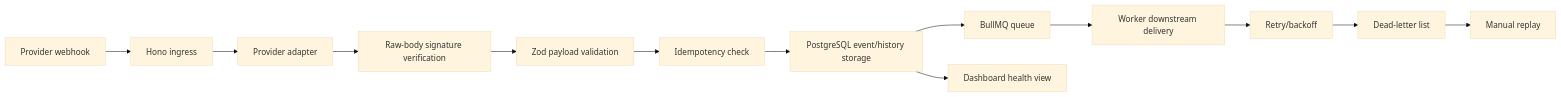
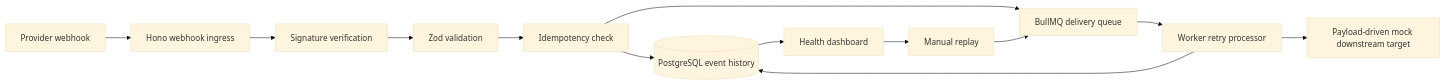
Before and after one commit to 0klochok/webhook-reliability-integration-monitor: the diagram in README.md, drawn with Mermaid (base theme). The commit also changed other lines of this file and 9 other files, not shown here.

````diff
--- a/README.md
+++ b/README.md
@@ -65,15 +84,15 @@
 ```mermaid
 flowchart LR
-  Provider[Provider webhook] --> Ingress[Hono ingress]
-  Ingress --> Adapter[Provider adapter]
-  Adapter --> Verify[Raw-body signature verification]
-  Verify --> Validate[Zod payload validation]
-  Validate --> Idempotency[Idempotency check]
-  Idempotency --> Store[PostgreSQL event/history storage]
-  Store --> Queue[BullMQ queue]
-  Queue --> Worker[Worker downstream delivery]
-  Worker --> Retry[Retry/backoff]
-  Retry --> DeadLetter[Dead-letter list]
-  DeadLetter --> Replay[Manual replay]
-  Store --> Dashboard[Dashboard health view]
+  Provider[Provider webhook] --> Ingress[Hono webhook ingress]
+  Ingress --> Signature[Signature verification]
+  Signature --> Validation[Zod validation]
+  Validation --> Idempotency[Idempotency check]
+  Idempotency --> Database[(PostgreSQL event history)]
+  Idempotency --> Queue[BullMQ delivery queue]
+  Queue --> Worker[Worker retry processor]
+  Worker --> Target[Payload-driven mock downstream target]
+  Worker --> Database
+  Database --> Dashboard[Health dashboard]
+  Dashboard --> Replay[Manual replay]
+  Replay --> Queue
 ```
````
